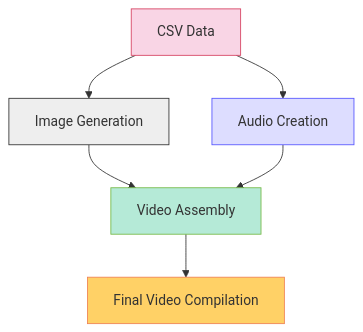
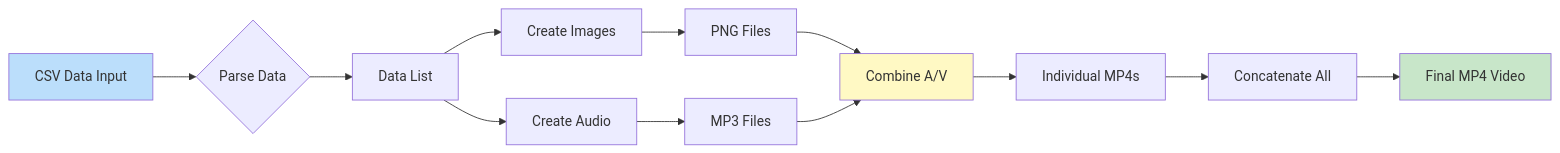
Before and after one commit to Yash-Kavaiya/csv-to-video-genarator: the fourth of 8 diagrams in README.md, drawn with Mermaid. The commit also changed other lines of this file, not shown here.

Commit message:
Enhance README with comprehensive Mermaid diagrams and tables

````diff
--- a/README.md
+++ b/README.md
@@ -21,14 +222,18 @@
 ```mermaid
-graph TD
-    A[CSV Data] --> B[Image Generation]
-    A --> C[Audio Creation]
-    B --> D[Video Assembly]
-    C --> D
-    D --> E[Final Video Compilation]
+flowchart LR
+    A[CSV Data Input] --> B{Parse Data}
+    B --> C[Data List]
+    C --> D[Create Images]
+    C --> E[Create Audio]
+    D --> F[PNG Files]
+    E --> G[MP3 Files]
+    F --> H[Combine A/V]
+    G --> H
+    H --> I[Individual MP4s]
+    I --> J[Concatenate All]
+    J --> K[Final MP4 Video]
     
-    style A fill:#f9d5e5,stroke:#d64161
-    style B fill:#eeeeee,stroke:#333333
-    style C fill:#ddddff,stroke:#5555ff
-    style D fill:#b5ead7,stroke:#76b947
-    style E fill:#ffd166,stroke:#ef8354
+    style A fill:#bbdefb
+    style K fill:#c8e6c9
+    style H fill:#fff9c4
 ```
````
